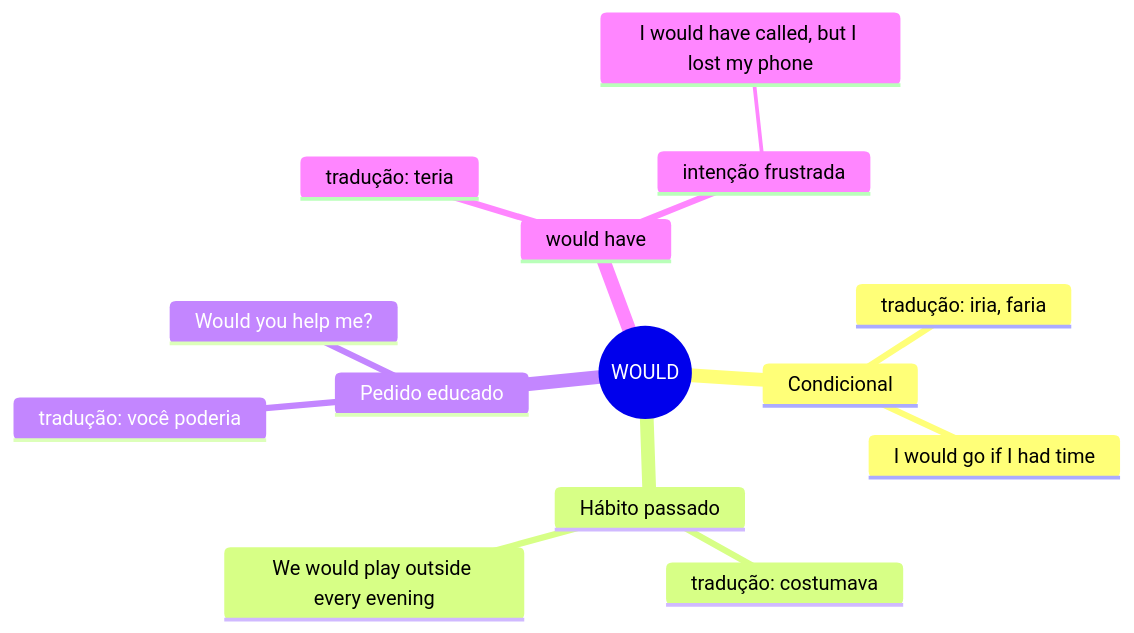
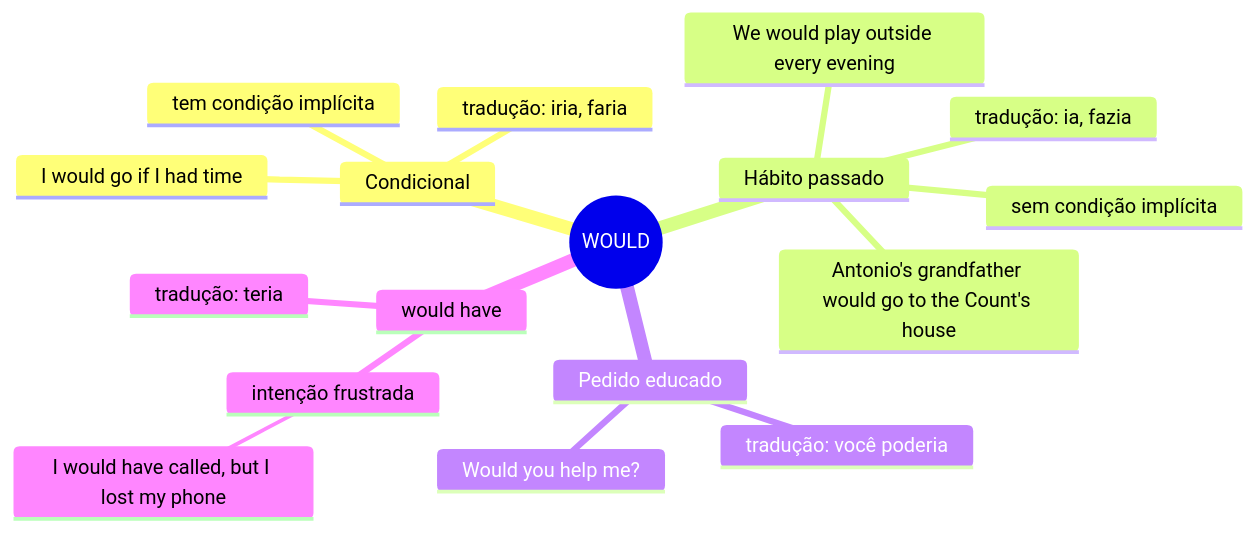
One commit to jean-siqueira/english-study changed the diagram in grammar/mapas-mentais/modal-would.md. Above: the diagram before and after it, drawn with Mermaid. The commit also changed other lines of this file and 3 other files, not shown here.

````diff
--- a/grammar/mapas-mentais/modal-would.md
+++ b/grammar/mapas-mentais/modal-would.md
@@ -3,17 +3,20 @@
 ```mermaid
 mindmap
   root((WOULD))
     Condicional
       tradução: iria, faria
+      tem condição implícita
       I would go if I had time
     Hábito passado
-      tradução: costumava
+      tradução: ia, fazia
+      sem condição implícita
       We would play outside every evening
+      Antonio's grandfather would go to the Count's house
     Pedido educado
       tradução: você poderia
       Would you help me?
     would have
       tradução: teria
       intenção frustrada
         I would have called, but I lost my phone
 ```
````
